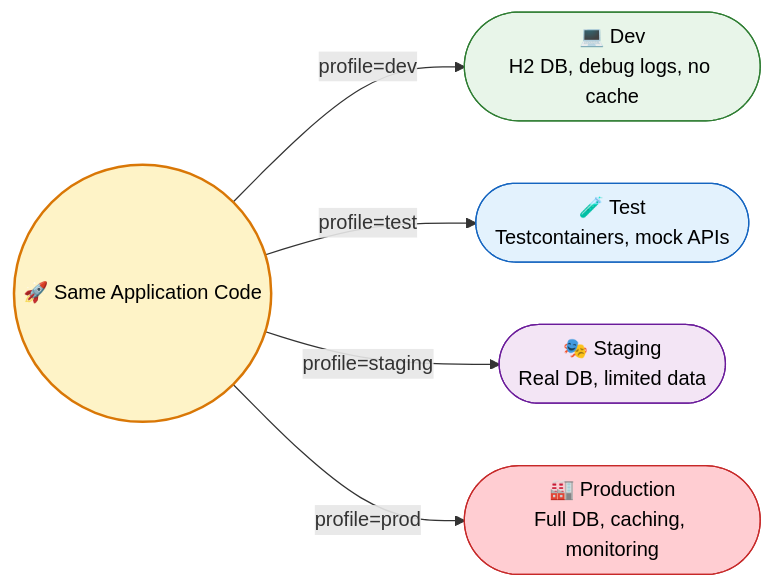
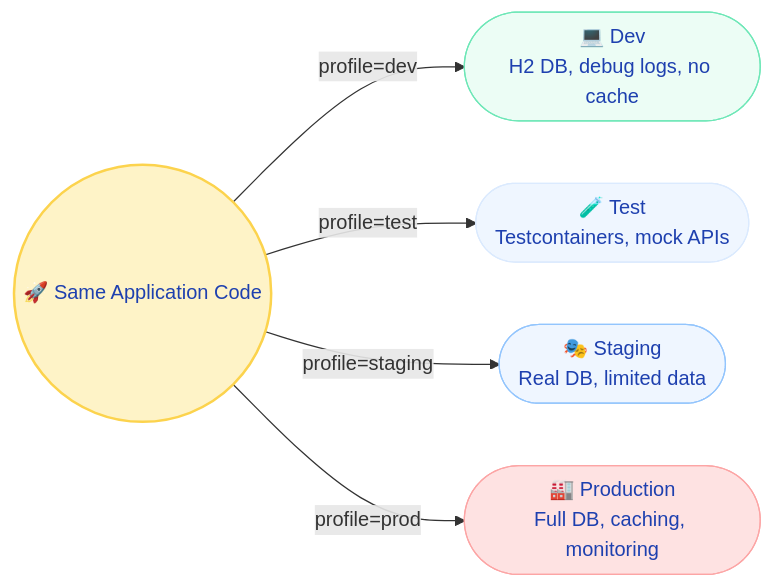
Before and after one commit to saivamsikaruturi/vamsilabs-dev-notes-main: the first of 2 diagrams in docs/springboot/profiles.md, drawn with Mermaid. The commit also changed other lines of this file and 220 other files, not shown here.

First line of the commit message:
Add 50+ new Java/Spring Boot pages, rewrite CSS code blocks to Oracle style, fix all diagram colors

````diff
--- a/docs/springboot/profiles.md
+++ b/docs/springboot/profiles.md
@@ -11,14 +11,14 @@
 ```mermaid
 flowchart LR
     App(("🚀 Same Application Code"))
     App -->|"profile=dev"| Dev(["💻 Dev<br/>H2 DB, debug logs, no cache"])
     App -->|"profile=test"| Test(["🧪 Test<br/>Testcontainers, mock APIs"])
     App -->|"profile=staging"| Stg(["🎭 Staging<br/>Real DB, limited data"])
     App -->|"profile=prod"| Prod(["🏭 Production<br/>Full DB, caching, monitoring"])
 
-    style App fill:#FEF3C7,stroke:#D97706,stroke-width:2px,color:#000
-    style Dev fill:#E8F5E9,stroke:#2E7D32,color:#000
-    style Test fill:#E3F2FD,stroke:#1565C0,color:#000
-    style Stg fill:#F3E5F5,stroke:#6A1B9A,color:#000
-    style Prod fill:#FFCDD2,stroke:#C62828,color:#000
+    style App fill:#FEF3C7,stroke:#FCD34D,stroke-width:2px,color:#1E40AF
+    style Dev fill:#ECFDF5,stroke:#6EE7B7,color:#1E40AF
+    style Test fill:#EFF6FF,stroke:#DBEAFE,color:#1E40AF
+    style Stg fill:#EFF6FF,stroke:#93C5FD,color:#1E40AF
+    style Prod fill:#FEE2E2,stroke:#FCA5A5,color:#1E40AF
 ```
````
